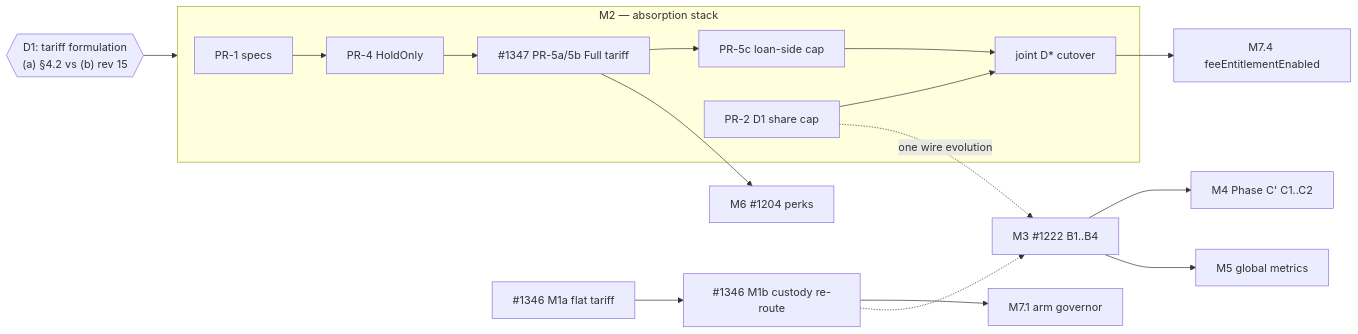
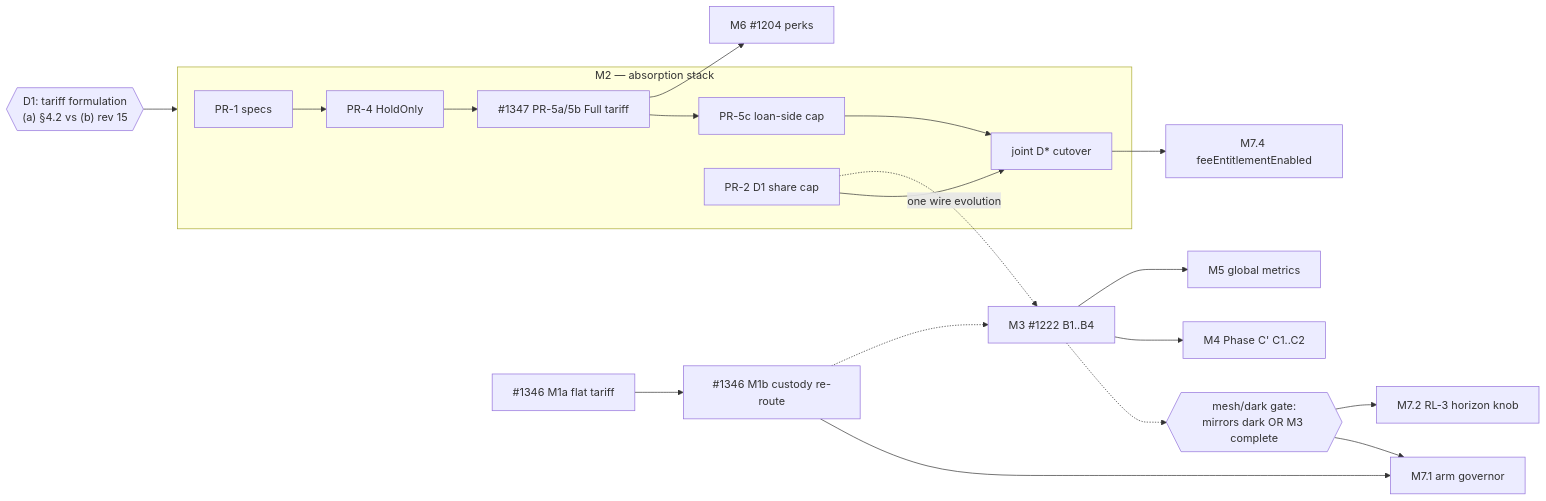
One commit to vaipakam/vaipakam changed the diagram in docs/DesignsAndPlans/VpfiRecyclingCompletionPlan.md. Above: the diagram before and after it, drawn with Mermaid. The commit also changed other lines of this file, not shown here.

````diff
--- a/docs/DesignsAndPlans/VpfiRecyclingCompletionPlan.md
+++ b/docs/DesignsAndPlans/VpfiRecyclingCompletionPlan.md
@@ -303,19 +315,22 @@
 ```mermaid
 flowchart LR
   D1{{"D1: tariff formulation<br/>(a) §4.2 vs (b) rev 15"}} --> M2
   M1a[#1346 M1a flat tariff] --> M1b[#1346 M1b custody re-route]
   M1b --> ARM[M7.1 arm governor]
+  GATE{{"mesh/dark gate:<br/>mirrors dark OR M3 complete"}} --> ARM
+  M3 -.-> GATE
+  GATE --> RL3KNOB[M7.2 RL-3 horizon knob]
   subgraph M2 [M2 — absorption stack]
     PR1[PR-1 specs] --> PR4[PR-4 HoldOnly]
     PR4 --> PR5[#1347 PR-5a/5b Full tariff]
     PR5 --> PR5c[PR-5c loan-side cap]
     PR2[PR-2 D1 share cap] --> DSTAR[joint D* cutover]
     PR5c --> DSTAR
   end
   DSTAR --> FEE[M7.4 feeEntitlementEnabled]
   PR2 -. one wire evolution .-> M3[M3 #1222 B1..B4]
   M1b -.-> M3
   M3 --> M4[M4 Phase C' C1..C2]
   M3 --> M5g[M5 global metrics]
   PR5 --> E2[M6 #1204 perks]
 ```
````
